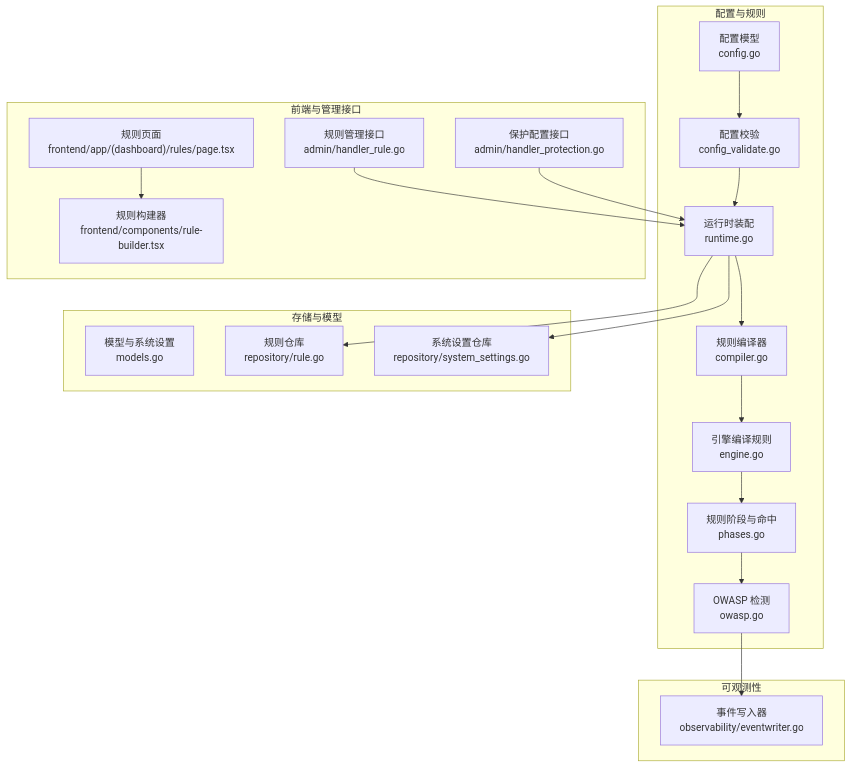
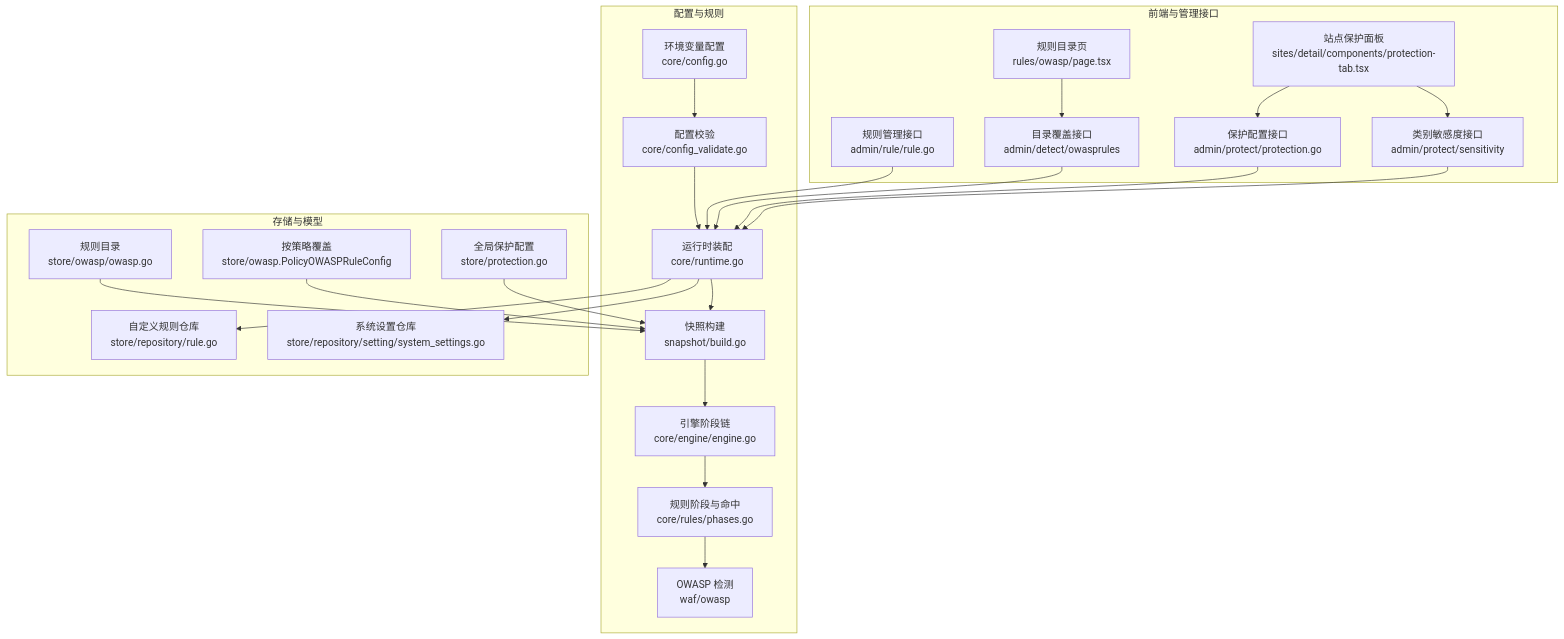
Before and after one commit to x01n/My-OpenWaf: the second of 9 diagrams in docs/安全防护功能/OWASP 检测/配置与管理.md, drawn with Mermaid. The commit also changed other lines of this file and 622 other files, not shown here.

````diff
--- a/docs/安全防护功能/OWASP 检测/配置与管理.md
+++ b/docs/安全防护功能/OWASP 检测/配置与管理.md
@@ -108,33 +138,40 @@
 ```mermaid
 graph TB
 subgraph "配置与规则"
-CFG["配置模型<br/>config.go"]
-CV["配置校验<br/>config_validate.go"]
-RT["运行时装配<br/>runtime.go"]
-PH["规则阶段与命中<br/>phases.go"]
-ENG["引擎编译规则<br/>engine.go"]
-CMP["规则编译器<br/>compiler.go"]
-OW["OWASP 检测<br/>owasp.go"]
+CFG["环境变量配置<br/>core/config.go"]
+CV["配置校验<br/>core/config_validate.go"]
+RT["运行时装配<br/>core/runtime.go"]
+SNAPB["快照构建<br/>snapshot/build.go"]
+PH["规则阶段与命中<br/>core/rules/phases.go"]
+ENG["引擎阶段链<br/>core/engine/engine.go"]
+OW["OWASP 检测<br/>waf/owasp"]
 end
 subgraph "存储与模型"
-MOD["模型与系统设置<br/>models.go"]
-RREP["规则仓库<br/>repository/rule.go"]
-SSREP["系统设置仓库<br/>repository/system_settings.go"]
+MOD["全局保护配置<br/>store/protection.go"]
+CAT["规则目录<br/>store/owasp/owasp.go"]
+OVR["按策略覆盖<br/>store/owasp.PolicyOWASPRuleConfig"]
+RREP["自定义规则仓库<br/>store/repository/rule.go"]
+SSREP["系统设置仓库<br/>store/repository/setting/system_settings.go"]
 end
 subgraph "前端与管理接口"
-FE["规则页面<br/>frontend/app/(dashboard)/rules/page.tsx"]
-RB["规则构建器<br/>frontend/components/rule-builder.tsx"]
-HR["规则管理接口<br/>admin/handler_rule.go"]
-HP["保护配置接口<br/>admin/handler_protection.go"]
+FE["规则目录页<br/>rules/owasp/page.tsx"]
+SP["站点保护面板<br/>sites/detail/components/protection-tab.tsx"]
+HR["规则管理接口<br/>admin/rule/rule.go"]
+OR["目录覆盖接口<br/>admin/detect/owasprules"]
+HP["保护配置接口<br/>admin/protect/protection.go"]
+SEN["类别敏感度接口<br/>admin/protect/sensitivity"]
 end
-subgraph "可观测性"
-EW["事件写入器<br/>observability/eventwriter.go"]
-end
-CFG --> CV --> RT --> CMP --> ENG --> PH --> OW
+CFG --> CV --> RT --> SNAPB --> ENG --> PH --> OW
+CAT --> SNAPB
+OVR --> SNAPB
+MOD --> SNAPB
+RT --> SSREP
 RT --> RREP
-RT --> SSREP
-FE --> RB
+FE --> OR
+SP --> HP
+SP --> SEN
 HR --> RT
+OR --> RT
 HP --> RT
-OW --> EW
+SEN --> RT
 ```
````
